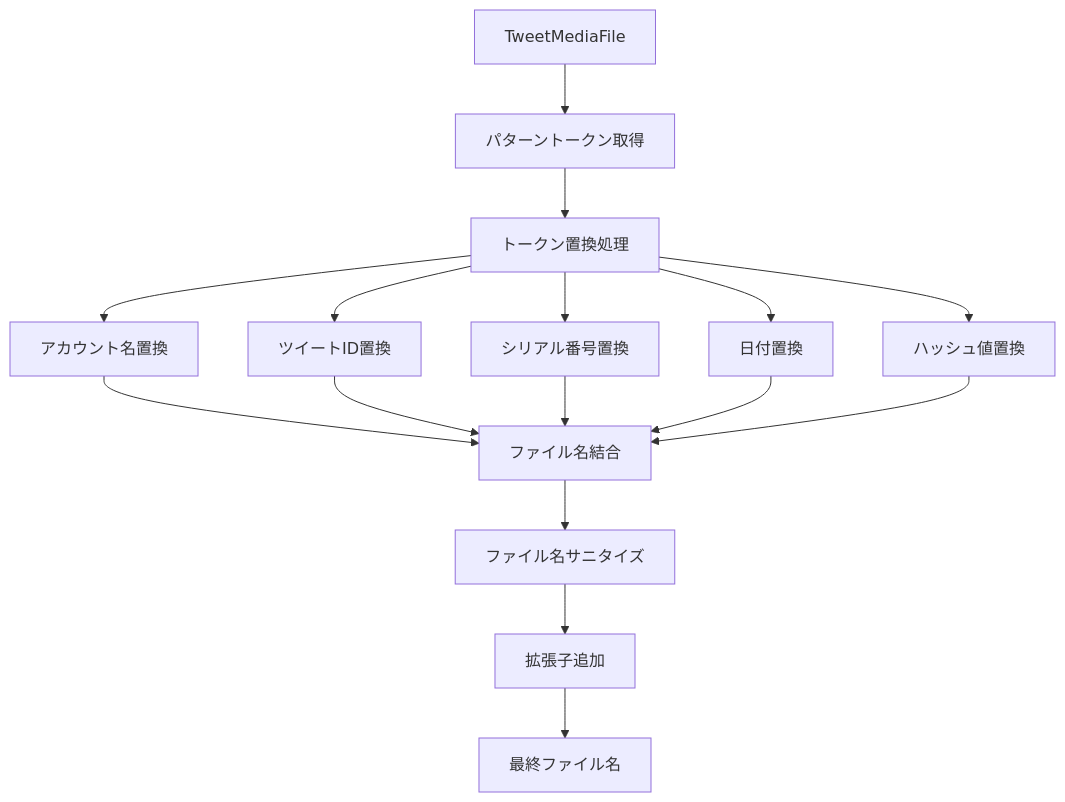
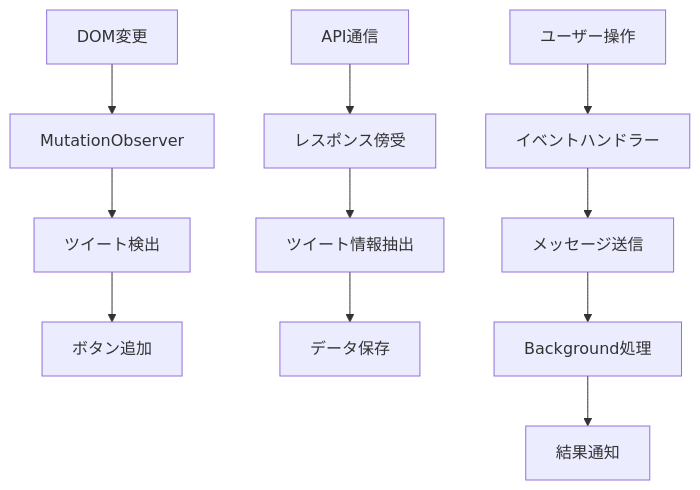
Before and after one commit to Hutaba-Makura/Comiketter: the eighth of 14 diagrams in docs/data-flow-diagram.md, drawn with Mermaid. The commit also changed other lines of this file and 5 other files, not shown here.

Commit message:
feat: データフロー図とER図を更新し、全体のデータフローとデータベース設計を明確化しました。また、実装環境ドキュメントを整備し、プロジェクト構造を詳細に記述しました。

````diff
--- a/docs/data-flow-diagram.md
+++ b/docs/data-flow-diagram.md
@@ -152,21 +189,15 @@
 ```mermaid
-flowchart TD
-    A[TweetMediaFile] --> B[パターントークン取得]
-    B --> C[トークン置換処理]
+graph TD
+    A[DOM変更] --> B[MutationObserver]
+    B --> C[ツイート検出]
+    C --> D[ボタン追加]
     
-    C --> D[アカウント名置換]
-    C --> E[ツイートID置換]
-    C --> F[シリアル番号置換]
-    C --> G[日付置換]
-    C --> H[ハッシュ値置換]
+    E[API通信] --> F[レスポンス傍受]
+    F --> G[ツイート情報抽出]
+    G --> H[データ保存]
     
-    D --> I[ファイル名結合]
-    E --> I
-    F --> I
-    G --> I
-    H --> I
-    
-    I --> J[ファイル名サニタイズ]
-    J --> K[拡張子追加]
-    K --> L[最終ファイル名]
+    I[ユーザー操作] --> J[イベントハンドラー]
+    J --> K[メッセージ送信]
+    K --> L[Background処理]
+    L --> M[結果通知]
 ```
````
